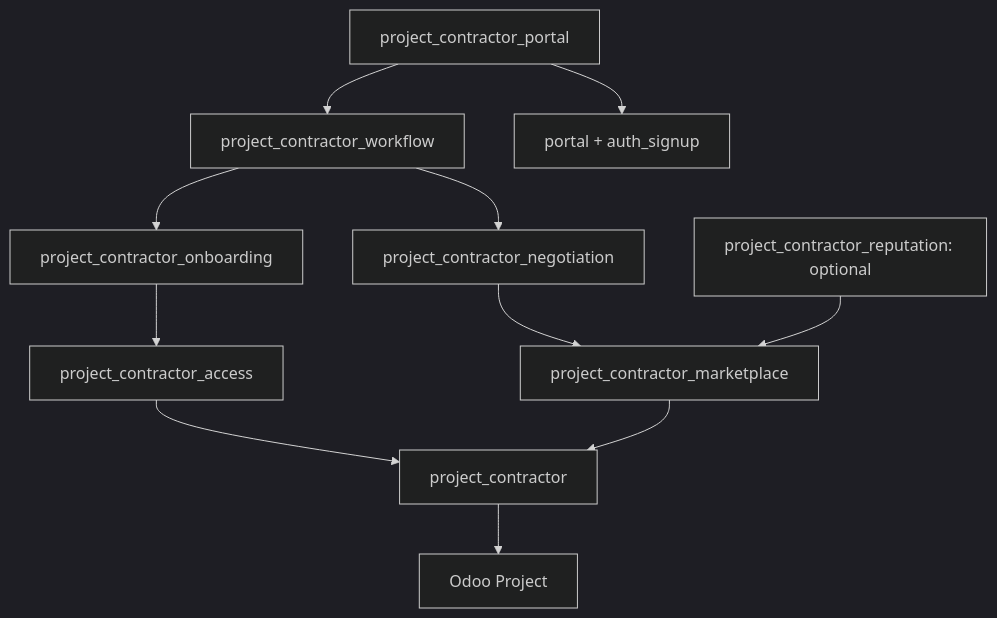
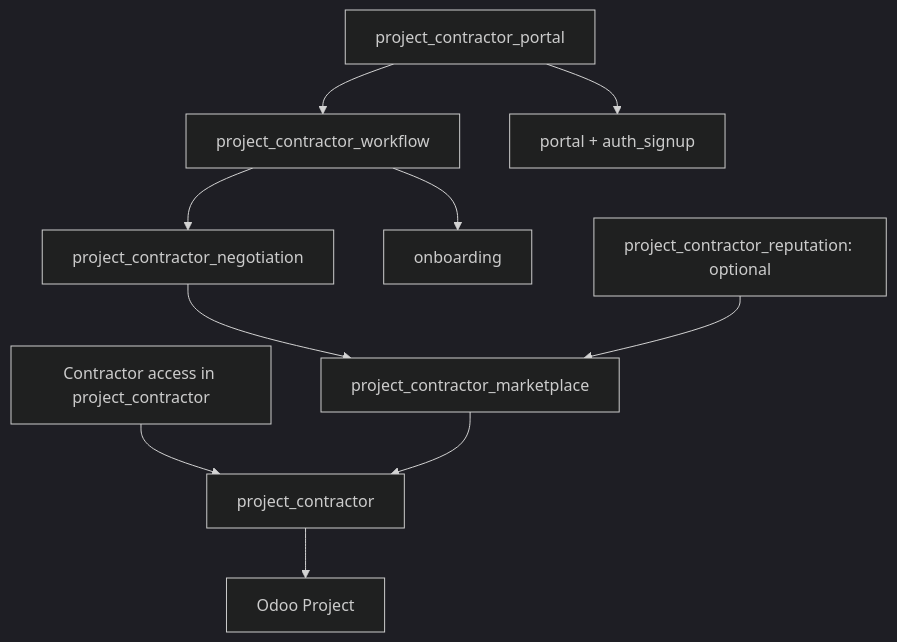
One commit to RAZermenoSaracho/odoo_project_contractor changed the diagram in openspec/AUDIT.md. Above: the diagram before and after it, drawn with Mermaid (dark theme). The commit also changed 57 other files, not shown here.

Commit message:
feat: consolidate contractor access into project contractor

````diff
--- a/openspec/AUDIT.md
+++ b/openspec/AUDIT.md
@@ -119,13 +119,12 @@
 ```mermaid
 flowchart TD
     foundation[project_contractor] --> project[Odoo Project]
-    access[project_contractor_access] --> foundation
-    onboarding[project_contractor_onboarding] --> access
+    access[Contractor access in project_contractor] --> foundation
     marketplace[project_contractor_marketplace] --> foundation
     negotiation[project_contractor_negotiation] --> marketplace
     workflow[project_contractor_workflow] --> onboarding
     workflow --> negotiation
     portal[project_contractor_portal] --> workflow
     portal --> native[portal + auth_signup]
     reputation[project_contractor_reputation: optional] --> marketplace
 ```
````
